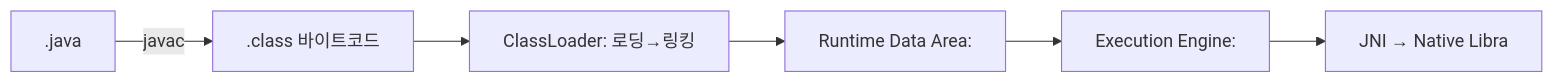
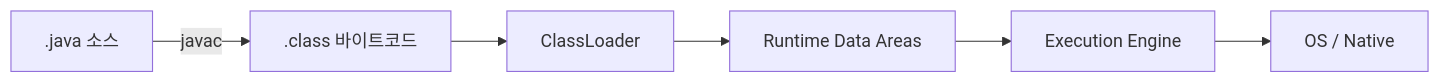
Before and after one commit to yjkim2015/yjkim2015.github.io: the first of 5 diagrams in _posts/java/2026-05-02-jvm-architecture.md, drawn with Mermaid. The commit also changed other lines of this file and 4 other files, not shown here.

````diff
--- a/_posts/java/2026-05-02-jvm-architecture.md
+++ b/_posts/java/2026-05-02-jvm-architecture.md
@@ -85,8 +88,8 @@
 ```mermaid
-flowchart LR
-    A[".java"] -->|"javac"| B[".class 바이트코드"]
-    B --> CL["ClassLoader: 로딩→링킹"]
-    CL --> MEM["Runtime Data Area:"]
-    MEM --> EE["Execution Engine:"]
-    EE --> JNI["JNI → Native Libra"]
+graph LR
+    SRC[".java 소스"] -->|javac| BC[".class 바이트코드"]
+    BC --> CL["ClassLoader"]
+    CL --> RDA["Runtime Data Areas"]
+    RDA --> EE["Execution Engine"]
+    EE --> OS["OS / Native"]
 ```
````
